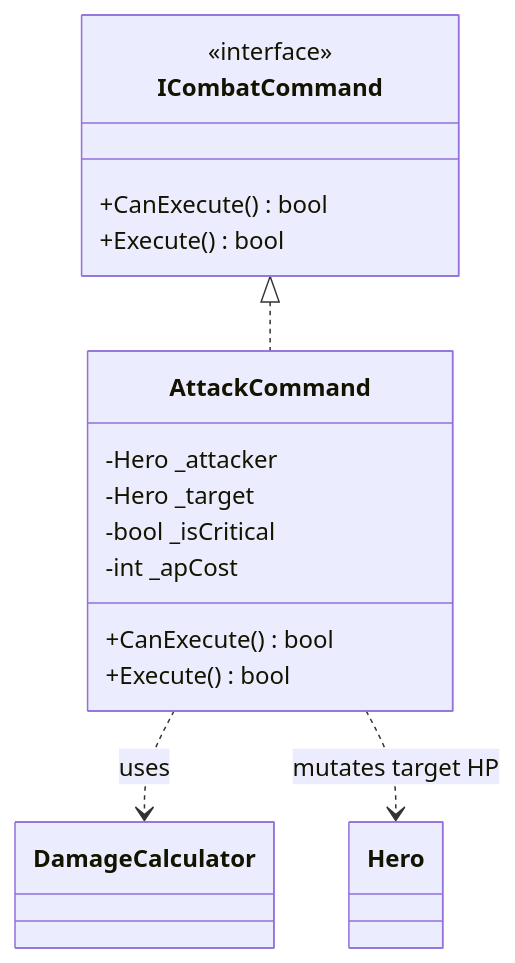
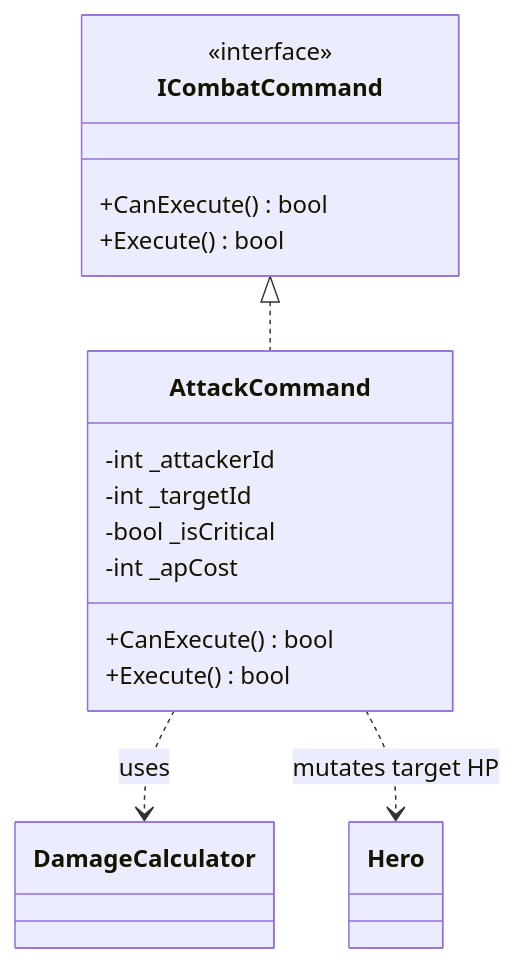
Before and after one commit to Barbagidon/FantasyRPG: the second of 2 diagrams in docs/combat_system.md, drawn with Mermaid. The commit also changed other lines of this file and 4 other files, not shown here.

````diff
--- a/docs/combat_system.md
+++ b/docs/combat_system.md
@@ -57,21 +58,21 @@
 ```mermaid
 classDiagram
     class ICombatCommand {
         <<interface>>
         +CanExecute() bool
         +Execute() bool
     }
 
     class AttackCommand {
-        -Hero _attacker
-        -Hero _target
+        -int _attackerId
+        -int _targetId
         -bool _isCritical
         -int _apCost
         +CanExecute() bool
         +Execute() bool
     }
 
     ICombatCommand <|.. AttackCommand
     AttackCommand ..> DamageCalculator : uses
     AttackCommand ..> Hero : mutates target HP
 ```
````
